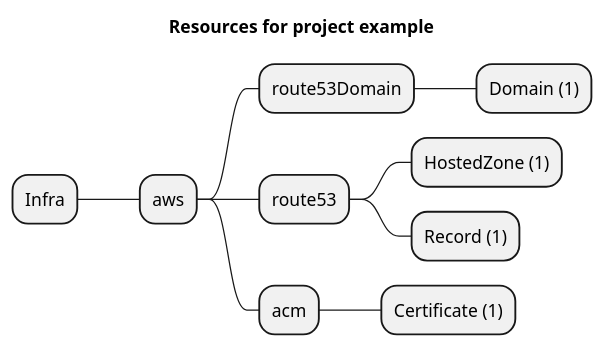
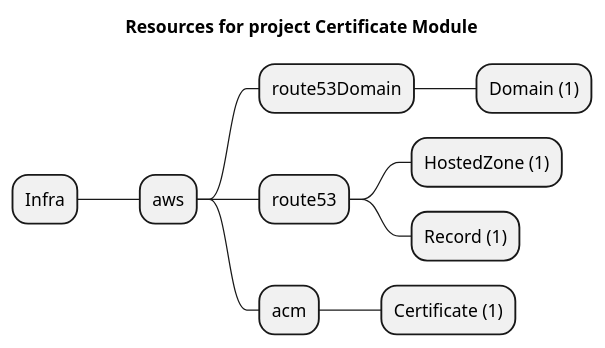
The diagram in packages/modules/aws/certificate/example/artifacts/resources-mindmap.puml (grucloud/grucloud), drawn with PlantUML before and after one commit. The commit also changed 36 other files, not shown here.

```diff
--- a/packages/modules/aws/certificate/example/artifacts/resources-mindmap.puml
+++ b/packages/modules/aws/certificate/example/artifacts/resources-mindmap.puml
@@ -1,13 +1,13 @@
 @startmindmap
-title Resources for project example
+title Resources for project Certificate Module
 skinparam monochrome true
 + Infra
 ++ aws
 +++ route53Domain
 ++++ Domain (1)
 +++ route53
 ++++ HostedZone (1)
 ++++ Record (1)
 +++ acm
 ++++ Certificate (1)
 @endmindmap
```
